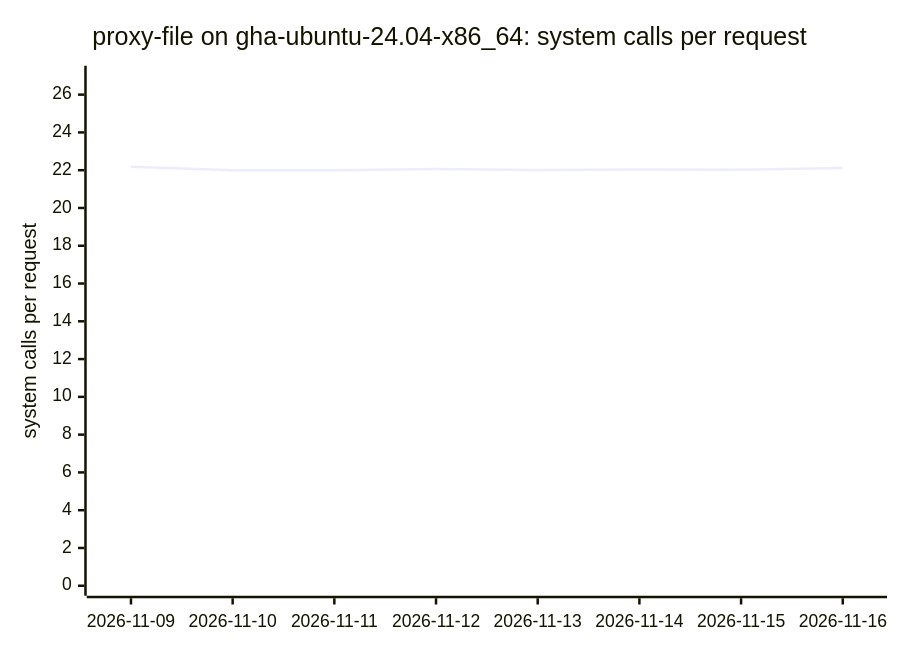
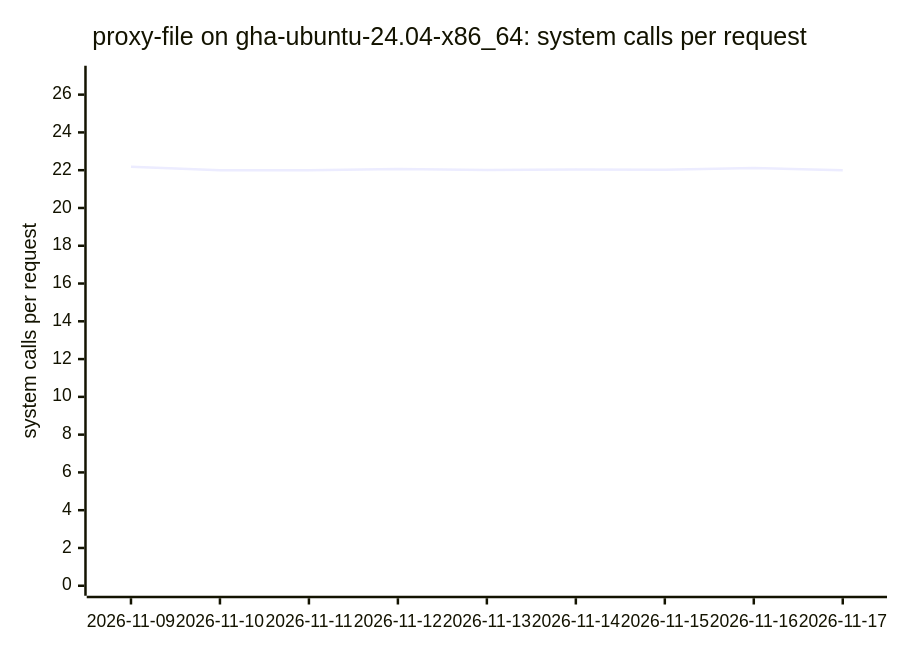
Diagram 16 of 18 in BENCHMARKS.md (ThePixelPilgrim/durchlauferhitzer), drawn with Mermaid before and after one commit. The commit also changed other lines of this file and 1 other file, not shown here.

````diff
--- a/BENCHMARKS.md
+++ b/BENCHMARKS.md
@@ -178,7 +178,7 @@
 ```mermaid
 xychart-beta
   title "proxy-file on gha-ubuntu-24.04-x86_64: system calls per request"
-  x-axis ["2026-11-09", "2026-11-10", "2026-11-11", "2026-11-12", "2026-11-13", "2026-11-14", "2026-11-15", "2026-11-16"]
+  x-axis ["2026-11-09", "2026-11-10", "2026-11-11", "2026-11-12", "2026-11-13", "2026-11-14", "2026-11-15", "2026-11-16", "2026-11-17"]
   y-axis "system calls per request" 0 --> 27
-  line [22.18, 22.00, 22.00, 22.06, 22.01, 22.04, 22.02, 22.12]
+  line [22.18, 22.00, 22.00, 22.06, 22.01, 22.04, 22.02, 22.12, 22.00]
 ```
````
